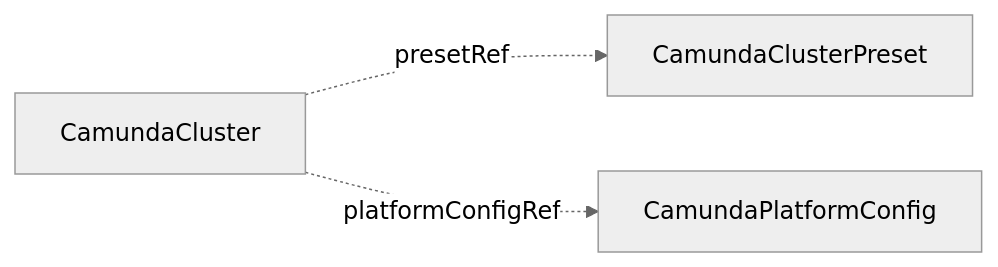
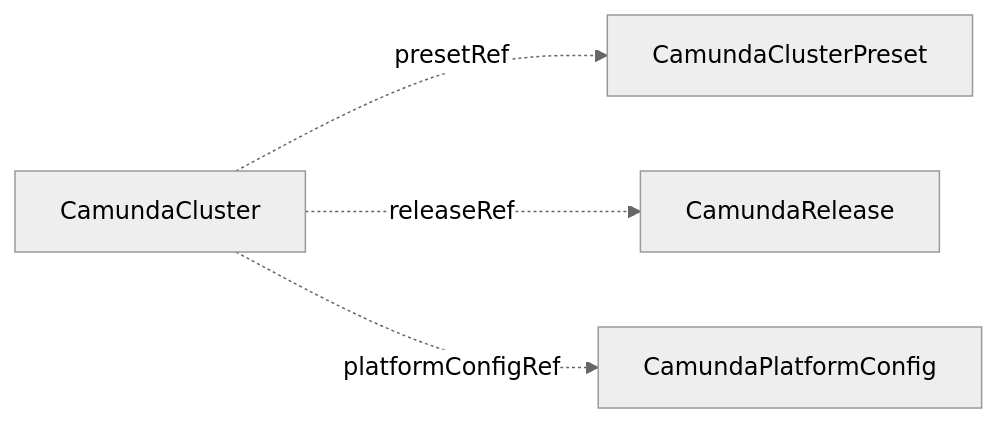
Before and after one commit to konsole-is/camunda-operator: the diagram in docs/crds/camundaclusterpreset.md, drawn with Mermaid (neutral theme). The commit also changed other lines of this file and 101 other files, not shown here.

First line of the commit message:
feat: hold the Camunda version and its environment in a CamundaRelease (#324)

````diff
--- a/docs/crds/camundaclusterpreset.md
+++ b/docs/crds/camundaclusterpreset.md
@@ -28,5 +27,6 @@
 ```mermaid
 graph LR
     CC[CamundaCluster] -.->|presetRef| CCP[CamundaClusterPreset]
+    CC -.->|releaseRef| CR[CamundaRelease]
     CC -.->|platformConfigRef| PFC[CamundaPlatformConfig]
 ```
````
